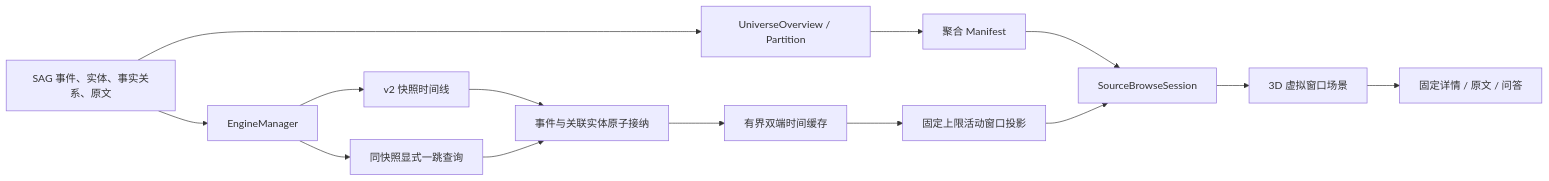
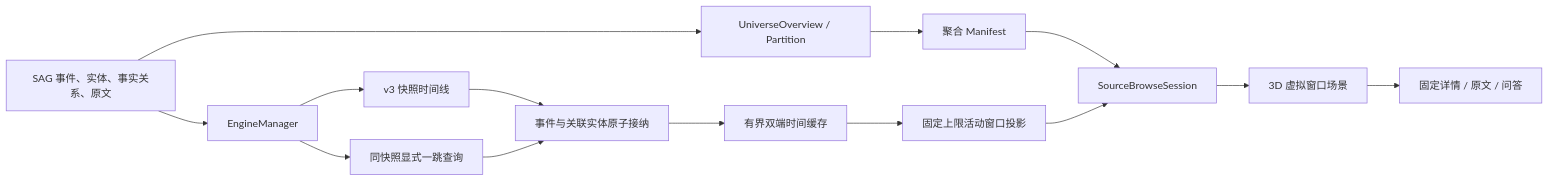
The diagram in docs/architecture/knowledge-universe.md (ilssn/sag), drawn with Mermaid before and after one commit. The commit also changed other lines of this file and 5 other files, not shown here.

````diff
--- a/docs/architecture/knowledge-universe.md
+++ b/docs/architecture/knowledge-universe.md
@@ -54,16 +74,16 @@
 ```mermaid
 flowchart LR
     FACTS["SAG 事件、实体、事实关系、原文"] --> ENGINE["EngineManager"]
     FACTS --> SNAPSHOT["UniverseOverview / Partition"]
     SNAPSHOT --> MANIFEST["聚合 Manifest"]
-    ENGINE --> TIMELINE["v2 快照时间线"]
+    ENGINE --> TIMELINE["v3 快照时间线"]
     ENGINE --> EXPAND["同快照显式一跳查询"]
     MANIFEST --> SESSION["SourceBrowseSession"]
     TIMELINE --> ADMISSION["事件与关联实体原子接纳"]
     EXPAND --> ADMISSION
     ADMISSION --> CACHE["有界双端时间缓存"]
     CACHE --> WINDOW["固定上限活动窗口投影"]
     WINDOW --> SESSION
     SESSION --> SCENE["3D 虚拟窗口场景"]
     SCENE --> INSPECTOR["固定详情 / 原文 / 问答"]
 ```
````
